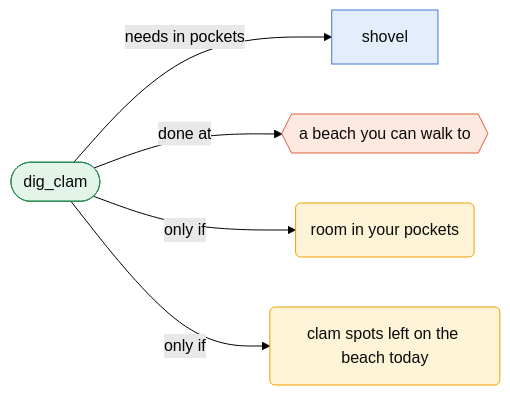
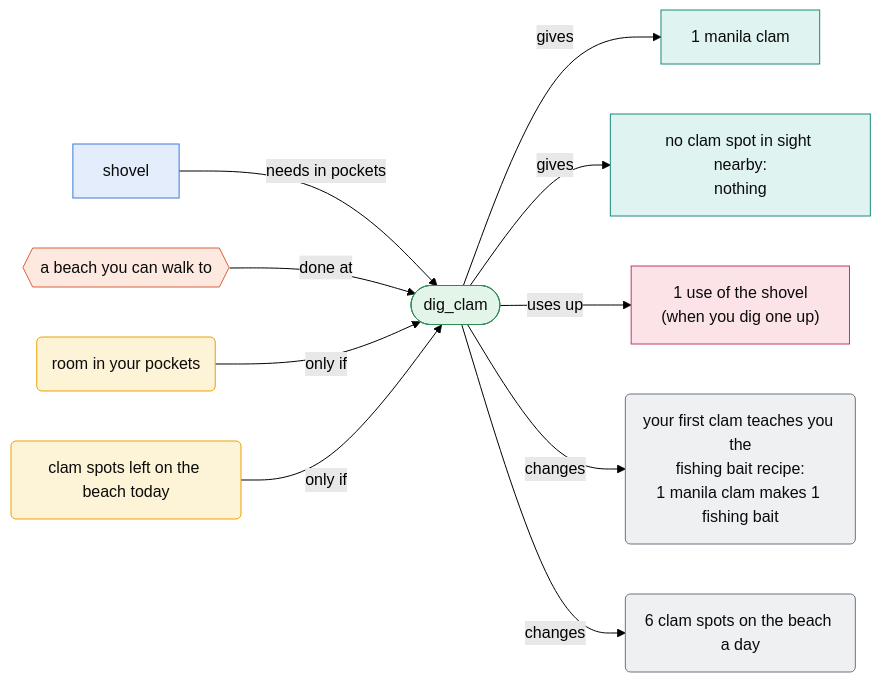
Before and after one commit to harjonillo/multiagent-island: the tenth of 41 diagrams in docs/actions.md, drawn with Mermaid (forest theme). The commit also changed other lines of this file and 9 other files, not shown here.

````diff
--- a/docs/actions.md
+++ b/docs/actions.md
@@ -246,16 +445,27 @@
 ```mermaid
 flowchart LR
     classDef act fill:#e3f4e8,stroke:#2e8b57,color:#0b0b0b
     classDef item fill:#e3edfb,stroke:#3d7bd9,color:#0b0b0b
     classDef place fill:#fde9df,stroke:#d9623d,color:#0b0b0b
     classDef cond fill:#fdf3d6,stroke:#eda100,color:#0b0b0b
+    classDef gain fill:#dff3f1,stroke:#1a8a7d,color:#0b0b0b
+    classDef spend fill:#fbe3e8,stroke:#c0396b,color:#0b0b0b
+    classDef change fill:#eef0f2,stroke:#6b7280,color:#0b0b0b
     A(["dig_clam"])
-    A -- "needs in pockets" --> I0["shovel"]
-    A -- "done at" --> P0{{"a beach you can walk to"}}
-    A -- "only if" --> C0("room in your pockets")
-    A -- "only if" --> C1("clam spots left on the beach today")
+    It0["shovel"] -- "needs in pockets" --> A
+    Pl0{{"a beach you can walk to"}} -- "done at" --> A
+    Co0("room in your pockets") -- "only if" --> A
+    Co1("clam spots left on the beach today") -- "only if" --> A
+    A -- "gives" --> Ga0["1 manila clam"]
+    A -- "gives" --> Ga1["no clam spot in sight nearby:<br/>nothing"]
+    A -- "uses up" --> Sp0["1 use of the shovel<br/>(when you dig one up)"]
+    A -- "changes" --> Ch0("your first clam teaches you the<br/>fishing bait recipe:<br/>1 manila clam makes 1 fishing bait")
+    A -- "changes" --> Ch1("6 clam spots on the beach a day")
     class A act
-    class I0 item
-    class P0 place
-    class C0,C1 cond
+    class It0 item
+    class Pl0 place
+    class Co0,Co1 cond
+    class Ga0,Ga1 gain
+    class Sp0 spend
+    class Ch0,Ch1 change
 ```
````
